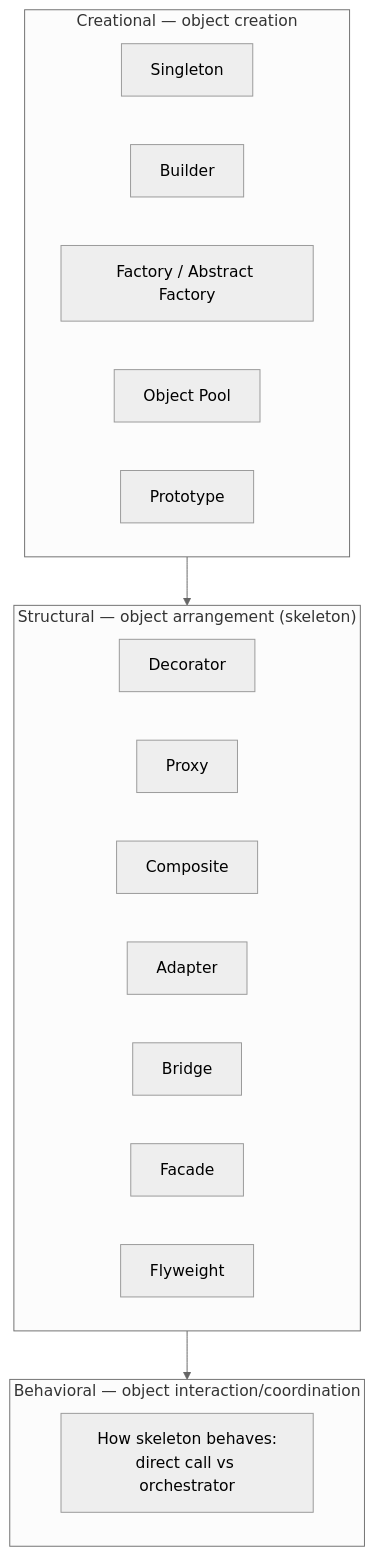
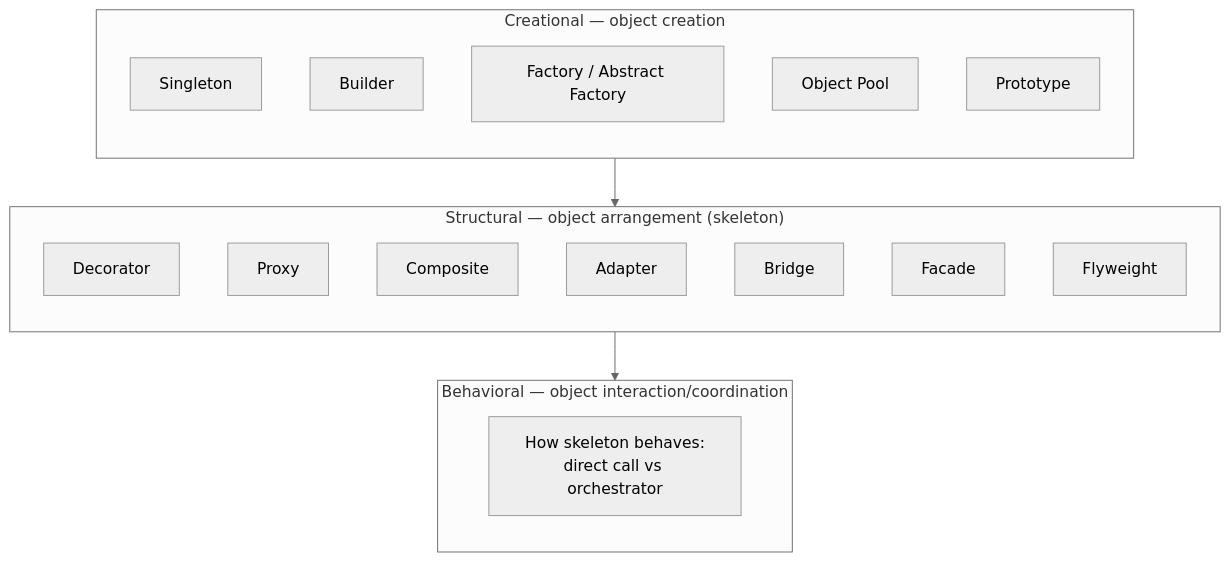
One commit to nikhil-nischal/concepts changed the second of 4 diagrams in LLD/00a-what-is-lld.md. Above: the diagram before and after it, drawn with Mermaid (neutral theme). The commit also changed 36 other files, not shown here.

````diff
--- a/LLD/00a-what-is-lld.md
+++ b/LLD/00a-what-is-lld.md
@@ -46,23 +46,26 @@
 ```mermaid
 flowchart TB
     subgraph Creational["Creational — object creation"]
+        direction TB
         C1[Singleton]
         C2[Builder]
         C3[Factory / Abstract Factory]
         C4[Object Pool]
         C5[Prototype]
     end
     subgraph Structural["Structural — object arrangement (skeleton)"]
+        direction TB
         S1[Decorator]
         S2[Proxy]
         S3[Composite]
         S4[Adapter]
         S5[Bridge]
         S6[Facade]
         S7[Flyweight]
     end
     subgraph Behavioral["Behavioral — object interaction/coordination"]
+        direction TB
         B1[How skeleton behaves:<br/>direct call vs orchestrator]
     end
     Creational --> Structural --> Behavioral
 ```
````
